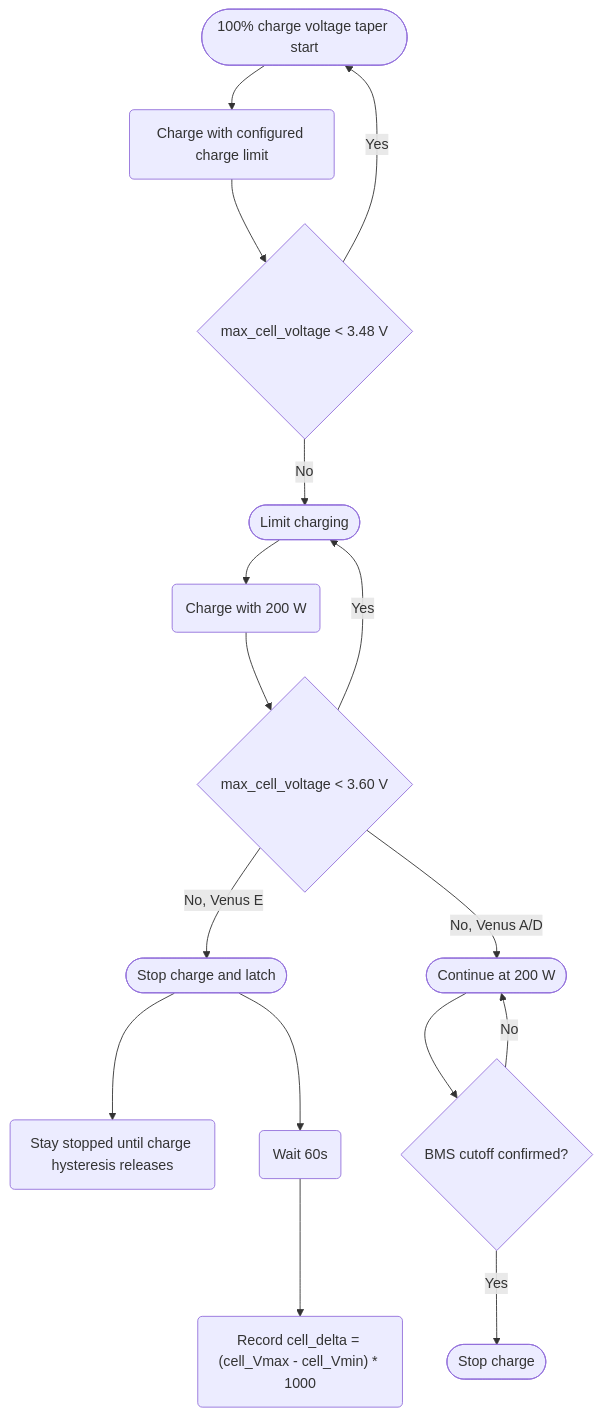
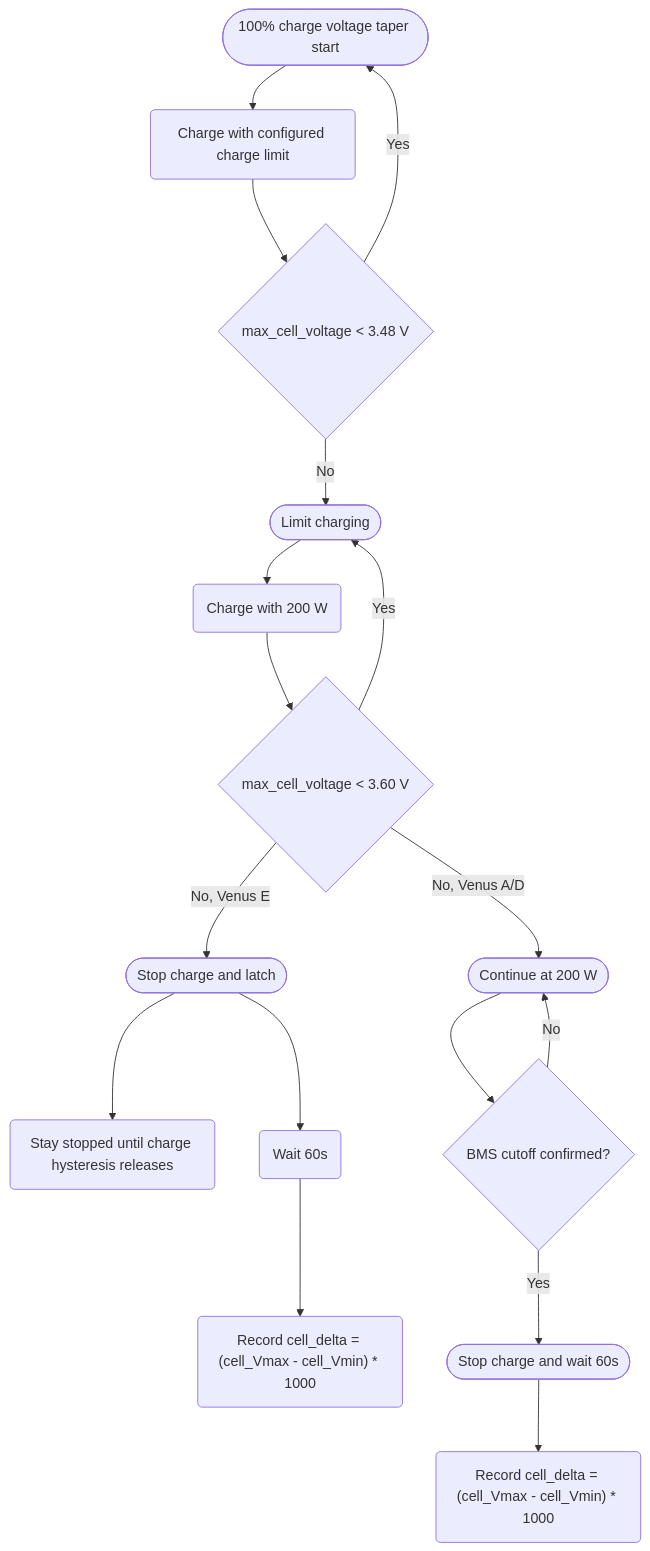
Before and after one commit to KeningGruttePier/Omnibattery: the diagram in site-docs/features/cell-balance-monitor.md, drawn with Mermaid. The commit also changed other lines of this file and 9 other files, not shown here.

````diff
--- a/site-docs/features/cell-balance-monitor.md
+++ b/site-docs/features/cell-balance-monitor.md
@@ -68,18 +68,19 @@
 ```mermaid
 flowchart TD
     A([100% charge voltage taper start]) --> B(Charge with configured charge limit)
     B --> C{max_cell_voltage < 3.48 V}
     C -->|Yes| A
     C -->|No| D([Limit charging])
     D --> E(Charge with 200 W)
     E --> F{max_cell_voltage < 3.60 V}
     F -->|Yes| D
     F -->|No, Venus E| G([Stop charge and latch])
     G --> H(Stay stopped until charge hysteresis releases)
     G --> I(Wait 60s)
     I --> J("Record cell_delta = (cell_Vmax - cell_Vmin) * 1000")
     F -->|No, Venus A/D| K([Continue at 200 W])
     K --> L{BMS cutoff confirmed?}
     L -->|No| K
-    L -->|Yes| M([Stop charge])
+    L -->|Yes| M([Stop charge and wait 60s])
+    M --> N("Record cell_delta = (cell_Vmax - cell_Vmin) * 1000")
 ```
````
